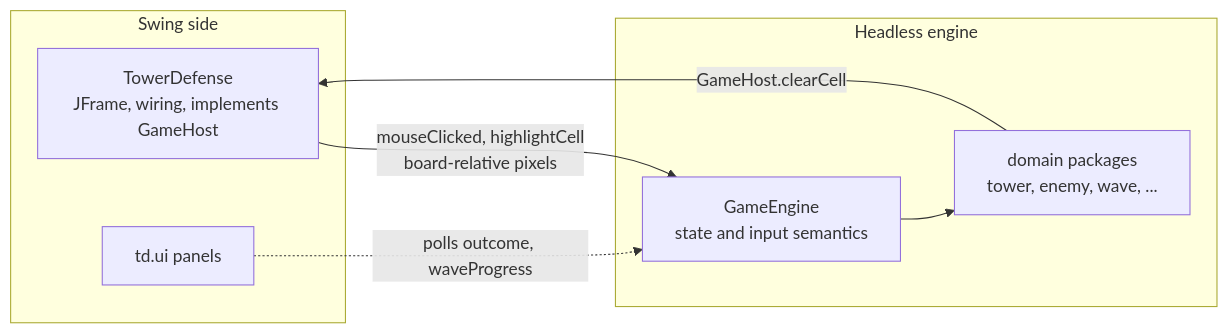
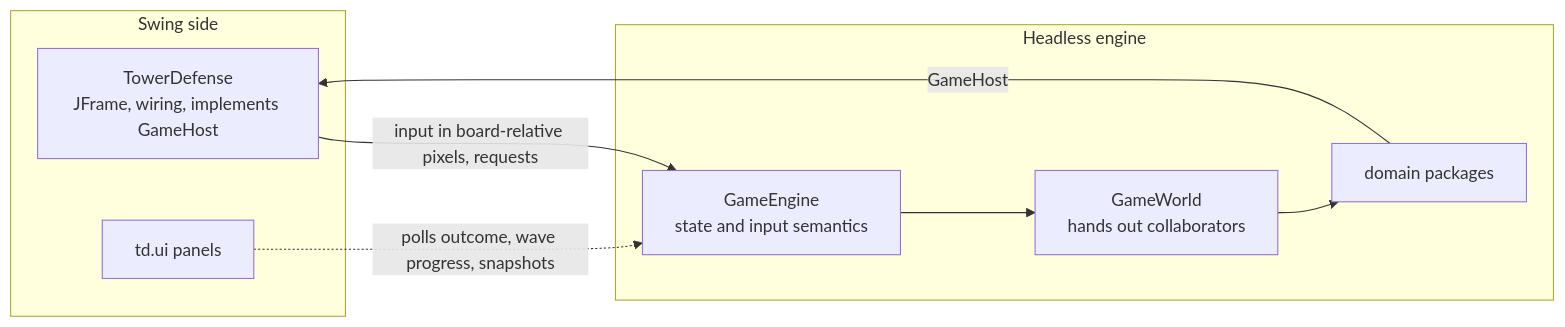
The first of 3 diagrams in docs/ARCHITECTURE.md (bicanjirka/jtd), drawn with Mermaid before and after one commit. The commit also changed other lines of this file and 38 other files, not shown here.

````diff
--- a/docs/ARCHITECTURE.md
+++ b/docs/ARCHITECTURE.md
@@ -55,15 +14,16 @@
 ```mermaid
 flowchart LR
     subgraph swing[Swing side]
         frame[TowerDefense<br/>JFrame, wiring, implements GameHost]
         ui[td.ui panels]
     end
     subgraph headless[Headless engine]
         engine[GameEngine<br/>state and input semantics]
-        domain[domain packages<br/>tower, enemy, wave, ...]
+        world[GameWorld<br/>hands out collaborators]
+        domain[domain packages]
     end
-    frame -->|mouseClicked, highlightCell<br/>board-relative pixels| engine
-    ui -.->|polls outcome, waveProgress| engine
-    engine --> domain
-    domain -->|GameHost.clearCell| frame
+    frame -->|input in board-relative pixels, requests| engine
+    ui -.->|polls outcome, wave progress, snapshots| engine
+    engine --> world --> domain
+    domain -->|GameHost| frame
 ```
````
